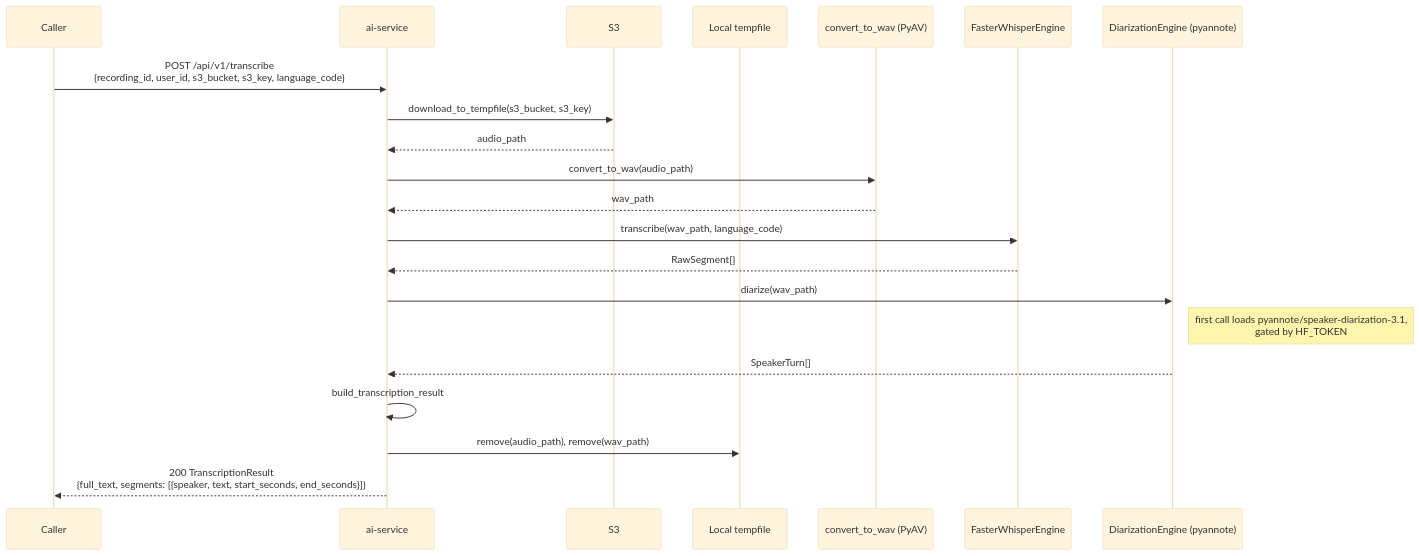
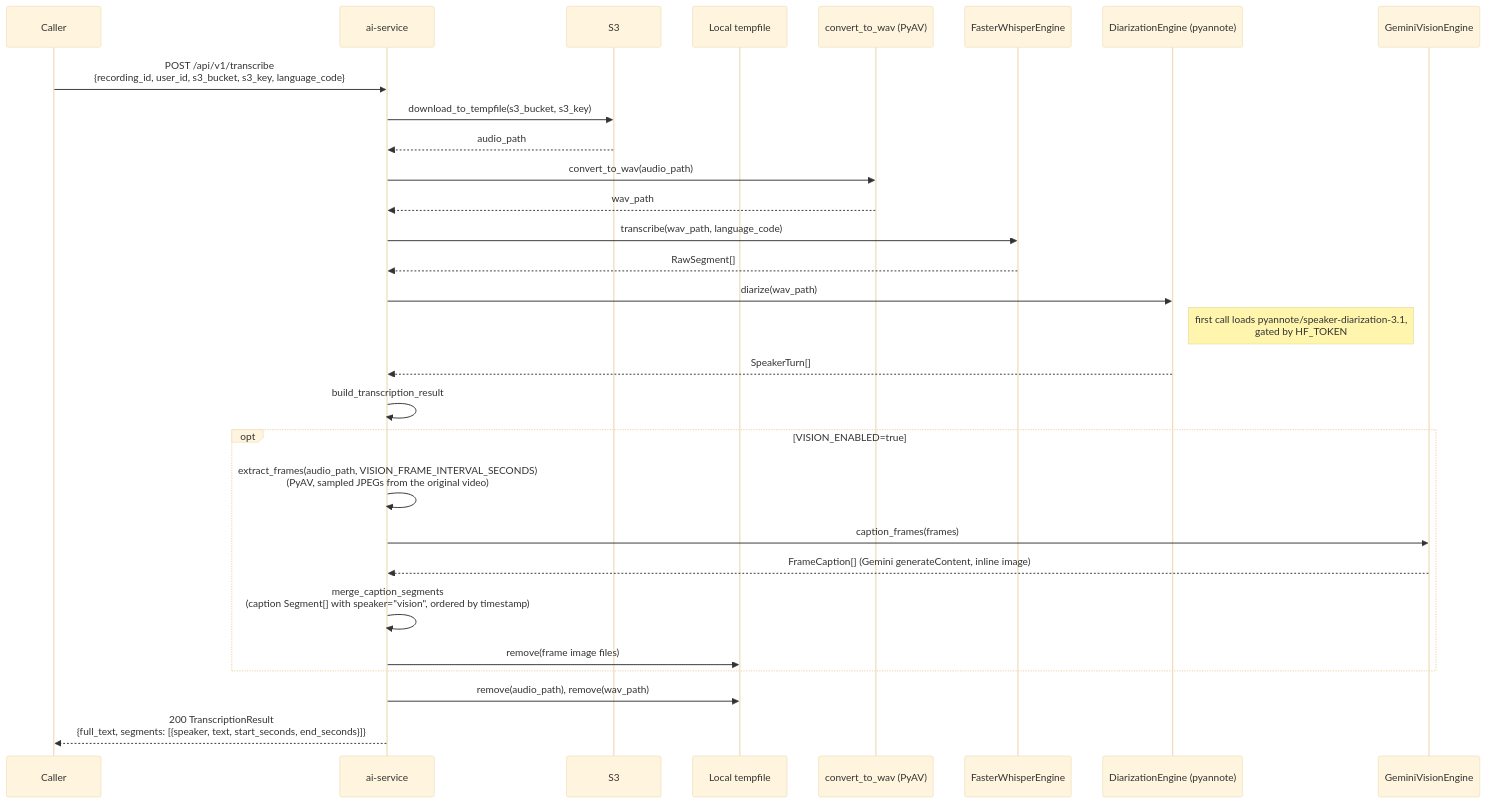
Before and after one commit to CuongNguyen13/RemeLearning: the diagram in docs/sequence/Ai_service/transcribe.md, drawn with Mermaid. The commit also changed other lines of this file and 173 other files, not shown here.

````diff
--- a/docs/sequence/Ai_service/transcribe.md
+++ b/docs/sequence/Ai_service/transcribe.md
@@ -9,33 +9,43 @@
 ```mermaid
 ---
 config:
   theme: base
   themeVariables:
     background: '#ffffff'
 ---
 sequenceDiagram
     participant Caller
     participant AI as ai-service
     participant S3
     participant FS as Local tempfile
     participant Conv as convert_to_wav (PyAV)
     participant Whisper as FasterWhisperEngine
     participant Diar as DiarizationEngine (pyannote)
+    participant Vision as GeminiVisionEngine
 
     Caller->>AI: POST /api/v1/transcribe<br/>{recording_id, user_id, s3_bucket, s3_key, language_code}
     AI->>S3: download_to_tempfile(s3_bucket, s3_key)
     S3-->>AI: audio_path
     AI->>Conv: convert_to_wav(audio_path)
     Conv-->>AI: wav_path
 
     AI->>Whisper: transcribe(wav_path, language_code)
     Whisper-->>AI: RawSegment[]
 
     AI->>Diar: diarize(wav_path)
     Note right of Diar: first call loads pyannote/speaker-diarization-3.1,<br/>gated by HF_TOKEN
     Diar-->>AI: SpeakerTurn[]
 
     AI->>AI: build_transcription_result
+
+    opt VISION_ENABLED=true
+        AI->>AI: extract_frames(audio_path, VISION_FRAME_INTERVAL_SECONDS)<br/>(PyAV, sampled JPEGs from the original video)
+        AI->>Vision: caption_frames(frames)
+        Vision-->>AI: FrameCaption[] (Gemini generateContent, inline image)
+        AI->>AI: merge_caption_segments<br/>(caption Segment[] with speaker="vision", ordered by timestamp)
+        AI->>FS: remove(frame image files)
+    end
+
     AI->>FS: remove(audio_path), remove(wav_path)
     AI-->>Caller: 200 TranscriptionResult<br/>{full_text, segments: [{speaker, text, start_seconds, end_seconds}]}
 ```
````
